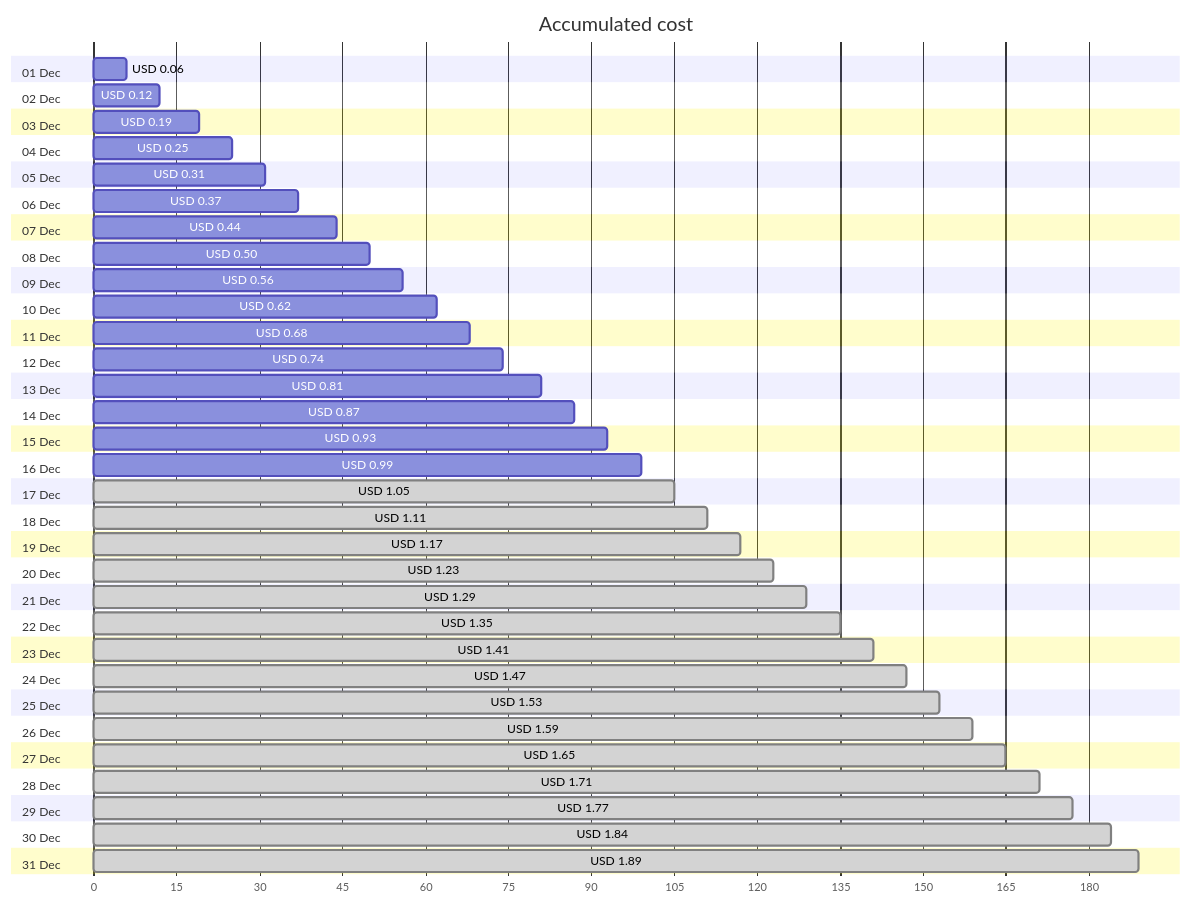
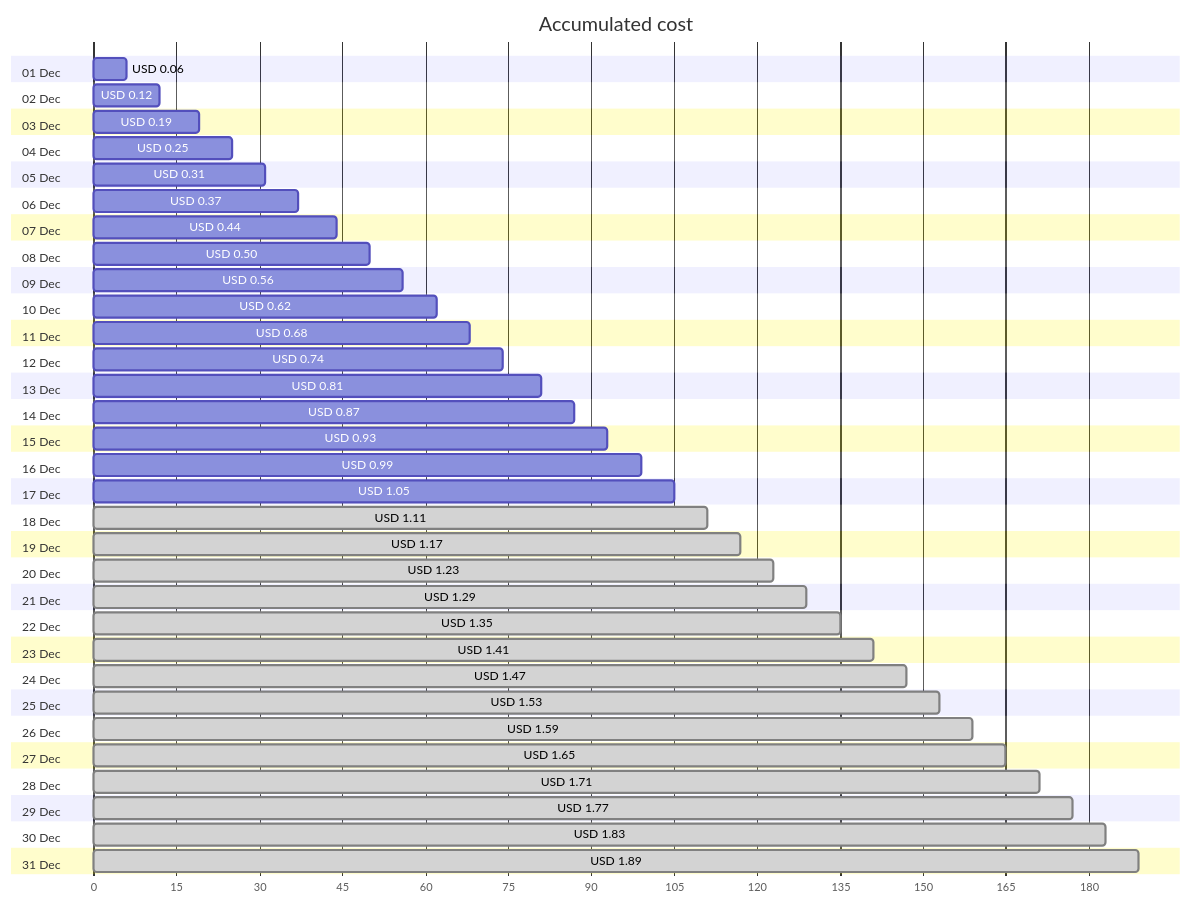
The first of 4 diagrams in cost-reports/personal-network/backup-server_OsDisk.md (jpfulton/azure-personal-reports), drawn with Mermaid before and after one commit. The commit also changed other lines of this file and 8 other files, not shown here.

````diff
--- a/cost-reports/personal-network/backup-server_OsDisk.md
+++ b/cost-reports/personal-network/backup-server_OsDisk.md
@@ -20,68 +20,68 @@
 ```mermaid
 gantt
    title Accumulated cost
    dateFormat  X
    axisFormat %s
    section 01 Dec
    USD 0.06 :0, 6
    section 02 Dec
    USD 0.12 :0, 12
    section 03 Dec
    USD 0.19 :0, 19
    section 04 Dec
    USD 0.25 :0, 25
    section 05 Dec
    USD 0.31 :0, 31
    section 06 Dec
    USD 0.37 :0, 37
    section 07 Dec
    USD 0.44 :0, 44
    section 08 Dec
    USD 0.50 :0, 50
    section 09 Dec
    USD 0.56 :0, 56
    section 10 Dec
    USD 0.62 :0, 62
    section 11 Dec
    USD 0.68 :0, 68
    section 12 Dec
    USD 0.74 :0, 74
    section 13 Dec
    USD 0.81 :0, 81
    section 14 Dec
    USD 0.87 :0, 87
    section 15 Dec
    USD 0.93 :0, 93
    section 16 Dec
    USD 0.99 :0, 99
    section 17 Dec
-   USD 1.05 : done, 0, 105
+   USD 1.05 :0, 105
    section 18 Dec
    USD 1.11 : done, 0, 111
    section 19 Dec
    USD 1.17 : done, 0, 117
    section 20 Dec
    USD 1.23 : done, 0, 123
    section 21 Dec
    USD 1.29 : done, 0, 129
    section 22 Dec
    USD 1.35 : done, 0, 135
    section 23 Dec
    USD 1.41 : done, 0, 141
    section 24 Dec
    USD 1.47 : done, 0, 147
    section 25 Dec
    USD 1.53 : done, 0, 153
    section 26 Dec
    USD 1.59 : done, 0, 159
    section 27 Dec
    USD 1.65 : done, 0, 165
    section 28 Dec
    USD 1.71 : done, 0, 171
    section 29 Dec
    USD 1.77 : done, 0, 177
    section 30 Dec
-   USD 1.84 : done, 0, 184
+   USD 1.83 : done, 0, 183
    section 31 Dec
    USD 1.89 : done, 0, 189
 ```
````
